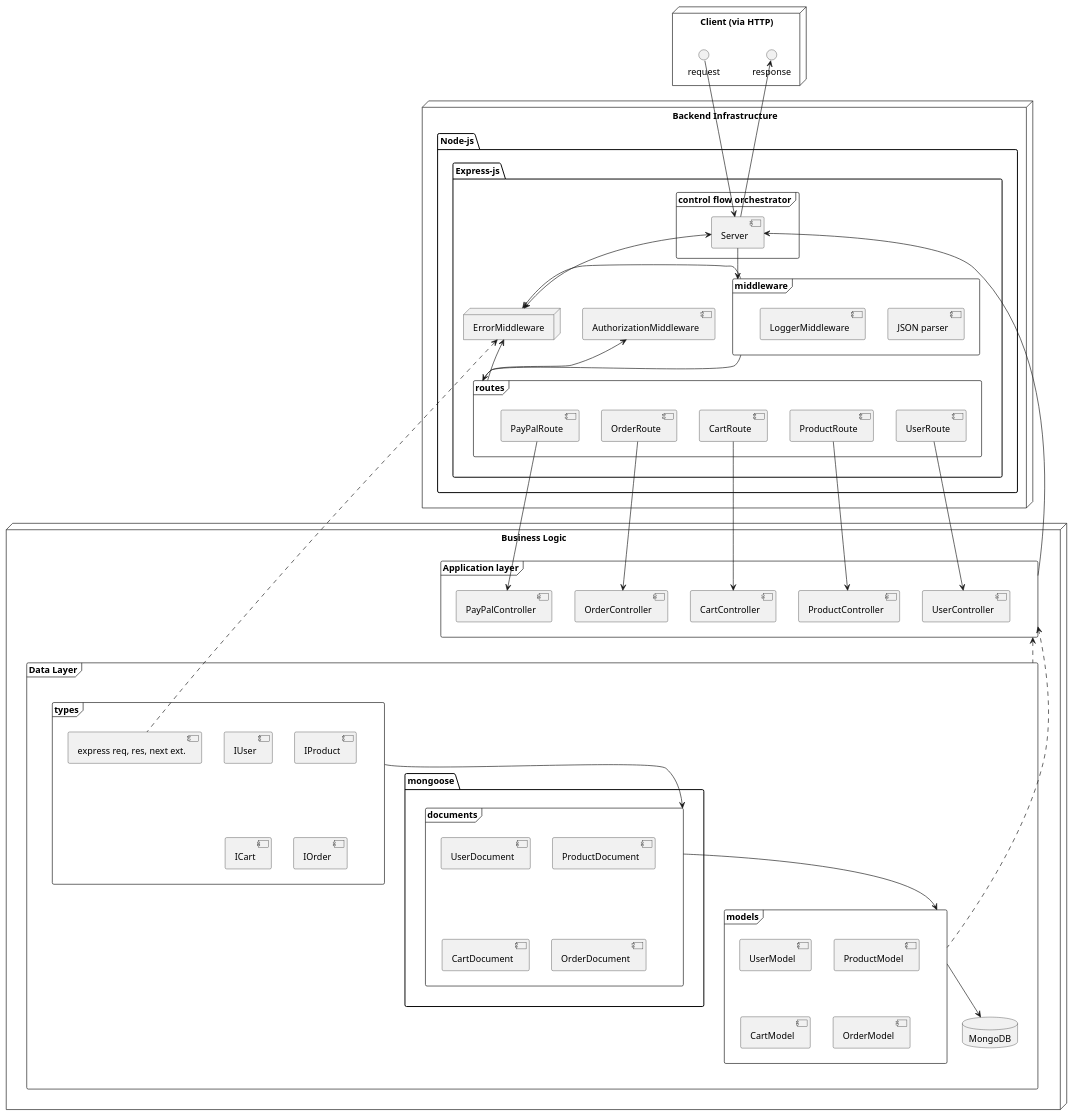
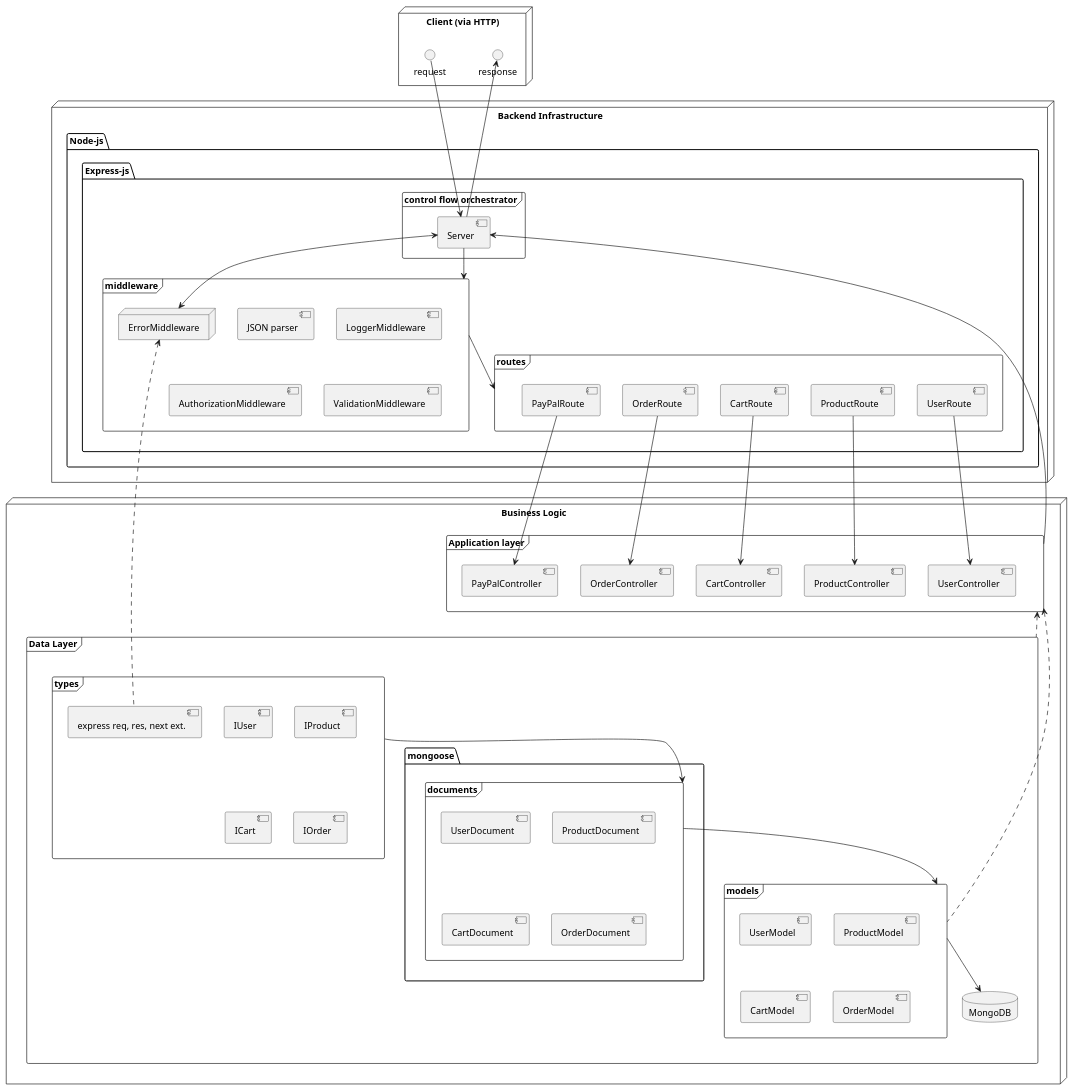
Before and after one commit to Matans844/e-commerce-backend: the diagram in documentation/ME(R)N Component Overview.puml, drawn with PlantUML. The commit also changed 1 other file, not shown here.

Commit message:
Forgot validation middleware.

```diff
--- a/documentation/ME(R)N Component Overview.puml
+++ b/documentation/ME(R)N Component Overview.puml
@@ -1,139 +1,133 @@
 @startuml
 'https://plantuml.com/component-diagram
 
 node "Client (via HTTP)"{
     () request
     () response
 }
 
 
 node "Backend Infrastructure"{
 
     package "Node-js" {
 
         package "Express-js" {
             frame "control flow orchestrator"{
                 [Server]
             }
 
             frame "middleware"{
                 [JSON parser]
                 [LoggerMiddleware]
+                [AuthorizationMiddleware]
+                [ValidationMiddleware]
+                node "ErrorMiddleware"{
+                }
             }
 
             frame "routes"{
                 [UserRoute]
                 [ProductRoute]
                 [CartRoute]
                 [OrderRoute]
                 [PayPalRoute]
             }
-
-            node "ErrorMiddleware"{
-            }
-
-            [AuthorizationMiddleware]
-
         }
     }
 }
 
 node "Business Logic"{
 
     frame "Application layer"{
         [UserController]
         [ProductController]
         [CartController]
         [OrderController]
         [PayPalController]
     }
 
     frame "Data Layer"{
         frame "types"{
                 [IUser]
                 [IProduct]
                 [ICart]
                 [IOrder]
                 [express req, res, next ext.]
             }
 
         package "mongoose"{
 
             frame "documents"{
                 [UserDocument]
                 [ProductDocument]
                 [CartDocument]
                 [OrderDocument]
             }
         }
 
 
         frame "models"{
               [UserModel]
               [ProductModel]
               [CartModel]
               [OrderModel]
         }
 
         database "MongoDB" {
         }
     }
 }
 
 
 
 request -down-> [Server]
 [Server] -up-> response
 
 [Server] -down-> "middleware"
 
-"middleware" -right-> [ErrorMiddleware]
-"routes" -up-> [ErrorMiddleware]
 [ErrorMiddleware] <-right-> [Server]
 
 "middleware" -down-> "routes"
-
-"routes" -up-> [AuthorizationMiddleware]
 
 [UserRoute] -down-> [UserController]
 [ProductRoute] -down-> [ProductController]
 [CartRoute] -down-> [CartController]
 [OrderRoute] -down-> [OrderController]
 [PayPalRoute] -down-> [PayPalController]
 
 
 "Application layer" -right-> [Server]
 "models" -down-> "MongoDB"
 
 "types" -down-> "documents"
 "documents" -down-> "models"
 "Application layer" <.down. "models"
 
 "Application layer" <.. "Data Layer"
 
 [ErrorMiddleware] <.. [express req, res, next ext.]
 
 
 
 
 
 
 
 
 
 
 
 
 
 
 
 
 
 
 
 
 
 
 
 
 @enduml
```
